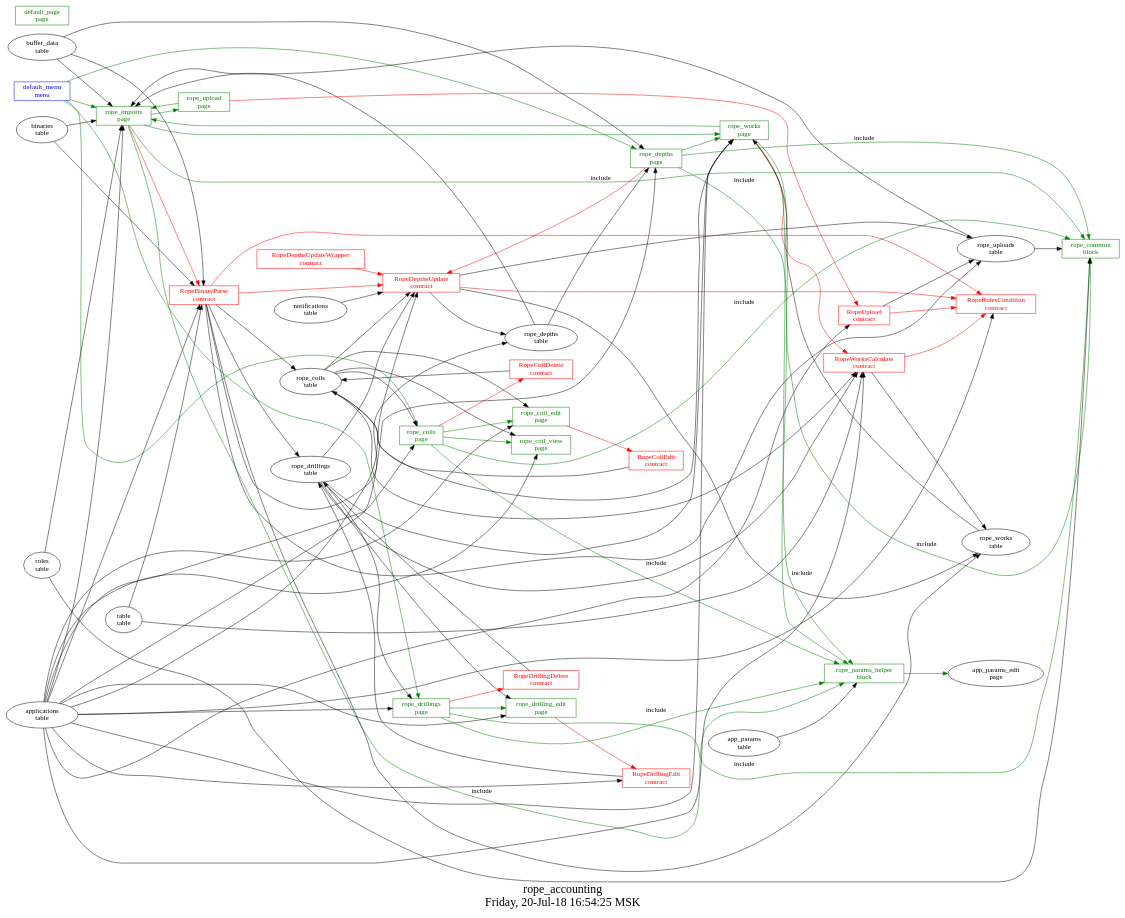
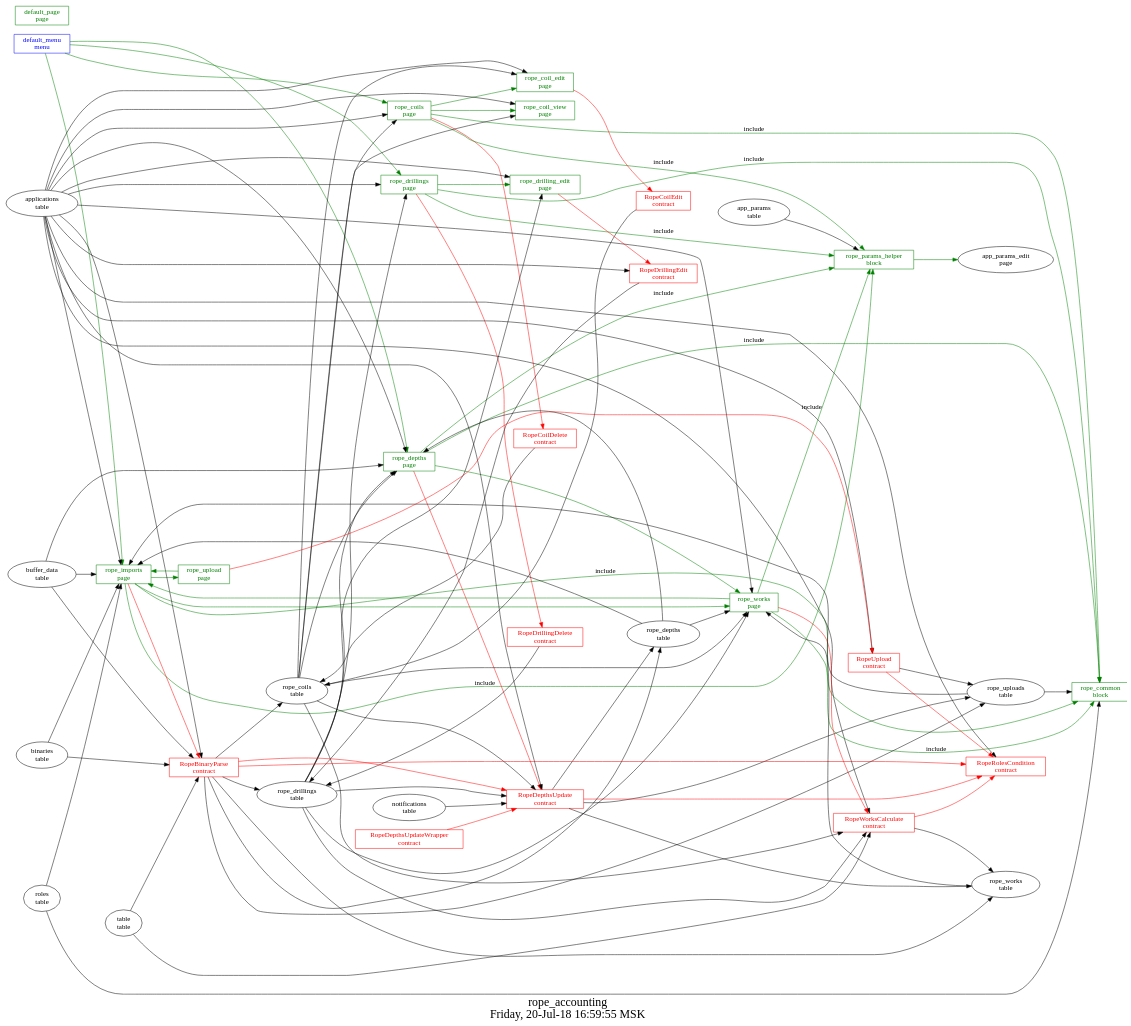
The diagram in src/rope_accounting/struct.dot (AplaProject/apps), drawn with Graphviz before and after one commit. The commit also changed 3 other files, not shown here.

```diff
--- a/src/rope_accounting/struct.dot
+++ b/src/rope_accounting/struct.dot
@@ -1,128 +1,131 @@
 digraph G {
 fontsize="24";
-label="rope_accounting\nFriday, 20-Jul-18 16:54:25 MSK";
+label="rope_accounting\nFriday, 20-Jul-18 16:59:55 MSK";
 nojustify=true;
 ordering=out;
 rankdir=LR;
 size="30";
 "default_menu\nmenu" -> "rope_imports\npage"  [ color=green ]
 "default_menu\nmenu" -> "rope_depths\npage"  [ color=green ]
 "default_menu\nmenu" -> "rope_drillings\npage"  [ color=green ]
 "default_menu\nmenu" -> "rope_coils\npage"  [ color=green ]
 "default_menu\nmenu" [color=blue, fontcolor=blue, group=menus, shape=record];
 "default_page\npage" [color=green, fontcolor=green, group=pages, shape=record];
 "rope_coil_edit\npage" -> "RopeCoilEdit\ncontract"  [ color=red ]
 "applications\ntable" -> "rope_coil_edit\npage"
 "rope_coils\ntable" -> "rope_coil_edit\npage"
 "rope_coil_edit\npage" [color=green, fontcolor=green, group=pages, shape=record];
 "applications\ntable" -> "rope_coil_view\npage"
 "rope_coils\ntable" -> "rope_coil_view\npage"
 "rope_coil_view\npage" [color=green, fontcolor=green, group=pages, shape=record];
 "rope_coils\npage" -> "RopeCoilDelete\ncontract"  [ color=red ]
 "applications\ntable" -> "rope_coils\npage"
 "rope_coils\ntable" -> "rope_coils\npage"
 "rope_coils\npage" -> "rope_coil_edit\npage"  [ color=green ]
 "rope_coils\npage" -> "rope_coil_view\npage"  [ color=green ]
 "rope_coils\npage" -> "rope_common\nblock"  [ color=green, label=include ]
 "rope_coils\npage" -> "rope_params_helper\nblock"  [ color=green, label=include ]
 "rope_coils\npage" [color=green, fontcolor=green, group=pages, shape=record];
 "rope_depths\npage" -> "RopeDepthsUpdate\ncontract"  [ color=red ]
 "applications\ntable" -> "rope_depths\npage"
 "rope_depths\ntable" -> "rope_depths\npage"
+"rope_drillings\ntable" -> "rope_depths\npage"
+"rope_coils\ntable" -> "rope_depths\npage"
 "buffer_data\ntable" -> "rope_depths\npage"
 "rope_depths\npage" -> "rope_works\npage"  [ color=green ]
 "rope_depths\npage" -> "rope_common\nblock"  [ color=green, label=include ]
 "rope_depths\npage" -> "rope_params_helper\nblock"  [ color=green, label=include ]
 "rope_depths\npage" [color=green, fontcolor=green, group=pages, shape=record];
 "rope_drilling_edit\npage" -> "RopeDrillingEdit\ncontract"  [ color=red ]
 "applications\ntable" -> "rope_drilling_edit\npage"
 "rope_drillings\ntable" -> "rope_drilling_edit\npage"
 "rope_drilling_edit\npage" [color=green, fontcolor=green, group=pages, shape=record];
 "rope_drillings\npage" -> "RopeDrillingDelete\ncontract"  [ color=red ]
 "applications\ntable" -> "rope_drillings\npage"
 "rope_drillings\ntable" -> "rope_drillings\npage"
 "rope_drillings\npage" -> "rope_drilling_edit\npage"  [ color=green ]
 "rope_drillings\npage" -> "rope_common\nblock"  [ color=green, label=include ]
 "rope_drillings\npage" -> "rope_params_helper\nblock"  [ color=green, label=include ]
 "rope_drillings\npage" [color=green, fontcolor=green, group=pages, shape=record];
 "rope_imports\npage" -> "RopeBinaryParse\ncontract"  [ color=red ]
 "applications\ntable" -> "rope_imports\npage"
 "roles\ntable" -> "rope_imports\npage"
 "rope_uploads\ntable" -> "rope_imports\npage"
 "binaries\ntable" -> "rope_imports\npage"
 "rope_depths\ntable" -> "rope_imports\npage"
 "buffer_data\ntable" -> "rope_imports\npage"
 "rope_imports\npage" -> "rope_upload\npage"  [ color=green ]
 "rope_imports\npage" -> "rope_works\npage"  [ color=green ]
 "rope_imports\npage" -> "rope_common\nblock"  [ color=green, label=include ]
 "rope_imports\npage" -> "rope_params_helper\nblock"  [ color=green, label=include ]
 "rope_imports\npage" [color=green, fontcolor=green, group=pages, shape=record];
 "rope_upload\npage" -> "RopeUpload\ncontract"  [ color=red ]
 "rope_upload\npage" -> "rope_imports\npage"  [ color=green ]
 "rope_upload\npage" [color=green, fontcolor=green, group=pages, shape=record];
 "rope_works\npage" -> "RopeWorksCalculate\ncontract"  [ color=red ]
 "applications\ntable" -> "rope_works\npage"
 "rope_works\ntable" -> "rope_works\npage"
 "rope_drillings\ntable" -> "rope_works\npage"
 "rope_coils\ntable" -> "rope_works\npage"
+"rope_depths\ntable" -> "rope_works\npage"
 "rope_works\npage" -> "rope_imports\npage"  [ color=green ]
 "rope_works\npage" -> "rope_common\nblock"  [ color=green, label=include ]
 "rope_works\npage" -> "rope_params_helper\nblock"  [ color=green, label=include ]
 "rope_works\npage" [color=green, fontcolor=green, group=pages, shape=record];
 "roles\ntable" -> "rope_common\nblock"
 "rope_uploads\ntable" -> "rope_common\nblock"
 "rope_common\nblock" [color=green, fontcolor=green, group=blocks, shape=record];
 "app_params\ntable" -> "rope_params_helper\nblock"
 "rope_params_helper\nblock" -> "app_params_edit\npage"  [ color=green ]
 "rope_params_helper\nblock" [color=green, fontcolor=green, group=blocks, shape=record];
 "RopeBinaryParse\ncontract" -> "RopeDepthsUpdate\ncontract"  [ color=red ]
 "RopeBinaryParse\ncontract" -> "RopeRolesCondition\ncontract"  [ color=red ]
 "RopeBinaryParse\ncontract" -> "rope_coils\ntable"  [ color="" ]
 "RopeBinaryParse\ncontract" -> "rope_drillings\ntable"  [ color="" ]
 "RopeBinaryParse\ncontract" -> "rope_works\ntable"  [ color="" ]
 "RopeBinaryParse\ncontract" -> "rope_depths\ntable"  [ color="" ]
 "RopeBinaryParse\ncontract" -> "rope_uploads\ntable"  [ color="" ]
 "table\ntable" -> "RopeBinaryParse\ncontract"
 "buffer_data\ntable" -> "RopeBinaryParse\ncontract"
 "binaries\ntable" -> "RopeBinaryParse\ncontract"
 "applications\ntable" -> "RopeBinaryParse\ncontract"
 "RopeBinaryParse\ncontract" [color=red, fontcolor=red, group=contracts, shape=record];
 "RopeCoilDelete\ncontract" -> "rope_coils\ntable"  [ color="" ]
 "RopeCoilDelete\ncontract" [color=red, fontcolor=red, group=contracts, shape=record];
 "RopeCoilEdit\ncontract" -> "rope_coils\ntable"  [ color="" ]
 "RopeCoilEdit\ncontract" [color=red, fontcolor=red, group=contracts, shape=record];
 "RopeDepthsUpdate\ncontract" -> "RopeRolesCondition\ncontract"  [ color=red ]
 "RopeDepthsUpdate\ncontract" -> "rope_uploads\ntable"  [ color="" ]
 "RopeDepthsUpdate\ncontract" -> "rope_works\ntable"  [ color="" ]
 "RopeDepthsUpdate\ncontract" -> "rope_depths\ntable"  [ color="" ]
 "notifications\ntable" -> "RopeDepthsUpdate\ncontract"
 "rope_drillings\ntable" -> "RopeDepthsUpdate\ncontract"
 "rope_coils\ntable" -> "RopeDepthsUpdate\ncontract"
 "applications\ntable" -> "RopeDepthsUpdate\ncontract"
 "RopeDepthsUpdate\ncontract" [color=red, fontcolor=red, group=contracts, shape=record];
 "RopeDepthsUpdateWrapper\ncontract" -> "RopeDepthsUpdate\ncontract"  [ color=red ]
 "RopeDepthsUpdateWrapper\ncontract" [color=red, fontcolor=red, group=contracts, shape=record];
 "RopeDrillingDelete\ncontract" -> "rope_drillings\ntable"  [ color="" ]
 "RopeDrillingDelete\ncontract" [color=red, fontcolor=red, group=contracts, shape=record];
 "RopeDrillingEdit\ncontract" -> "rope_drillings\ntable"  [ color="" ]
 "applications\ntable" -> "RopeDrillingEdit\ncontract"
 "RopeDrillingEdit\ncontract" [color=red, fontcolor=red, group=contracts, shape=record];
 "applications\ntable" -> "RopeRolesCondition\ncontract"
 "RopeRolesCondition\ncontract" [color=red, fontcolor=red, group=contracts, shape=record];
 "RopeUpload\ncontract" -> "RopeRolesCondition\ncontract"  [ color=red ]
 "RopeUpload\ncontract" -> "rope_uploads\ntable"  [ color="" ]
 "applications\ntable" -> "RopeUpload\ncontract"
 "RopeUpload\ncontract" [color=red, fontcolor=red, group=contracts, shape=record];
 "RopeWorksCalculate\ncontract" -> "RopeRolesCondition\ncontract"  [ color=red ]
 "RopeWorksCalculate\ncontract" -> "rope_works\ntable"  [ color="" ]
 "table\ntable" -> "RopeWorksCalculate\ncontract"
 "applications\ntable" -> "RopeWorksCalculate\ncontract"
 "rope_coils\ntable" -> "RopeWorksCalculate\ncontract"
 "rope_drillings\ntable" -> "RopeWorksCalculate\ncontract"
 "RopeWorksCalculate\ncontract" [color=red, fontcolor=red, group=contracts, shape=record];
 "rope_coils\ntable" [color="", fontcolor="", group=tables, shape=""];
 "rope_depths\ntable" [color="", fontcolor="", group=tables, shape=""];
 "rope_drillings\ntable" [color="", fontcolor="", group=tables, shape=""];
 "rope_uploads\ntable" [color="", fontcolor="", group=tables, shape=""];
 "rope_works\ntable" [color="", fontcolor="", group=tables, shape=""];
 }
```
